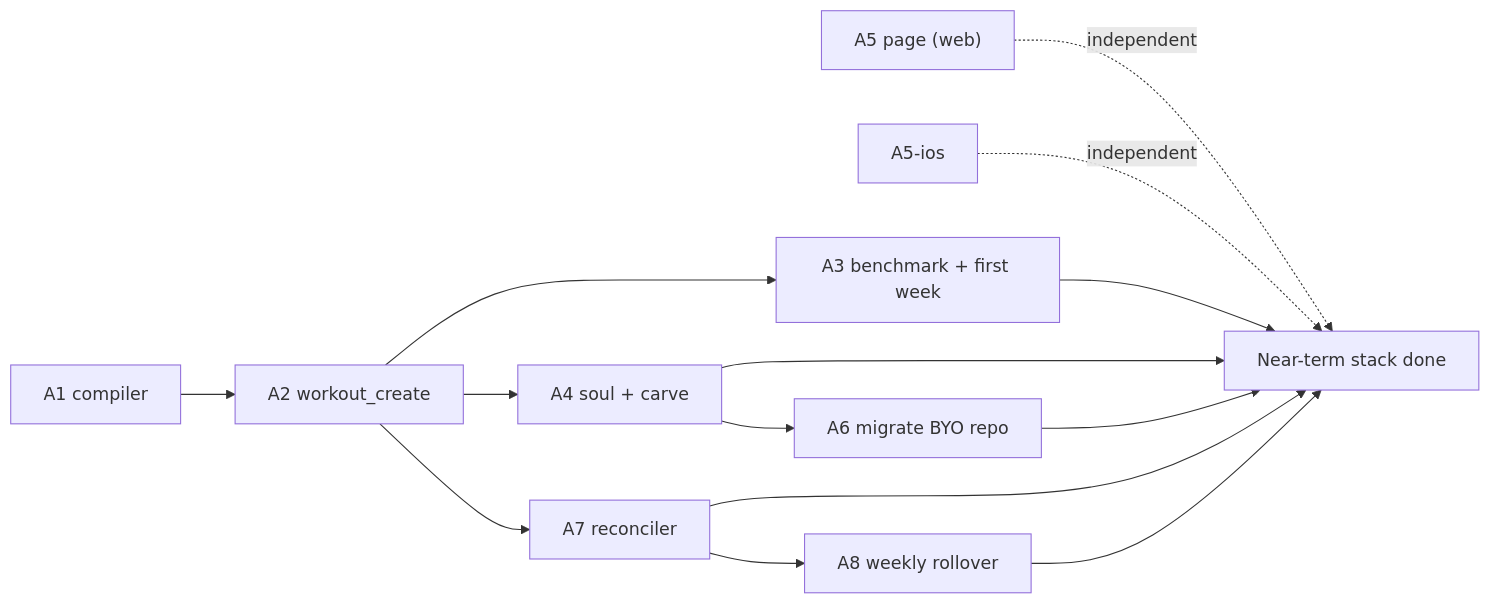
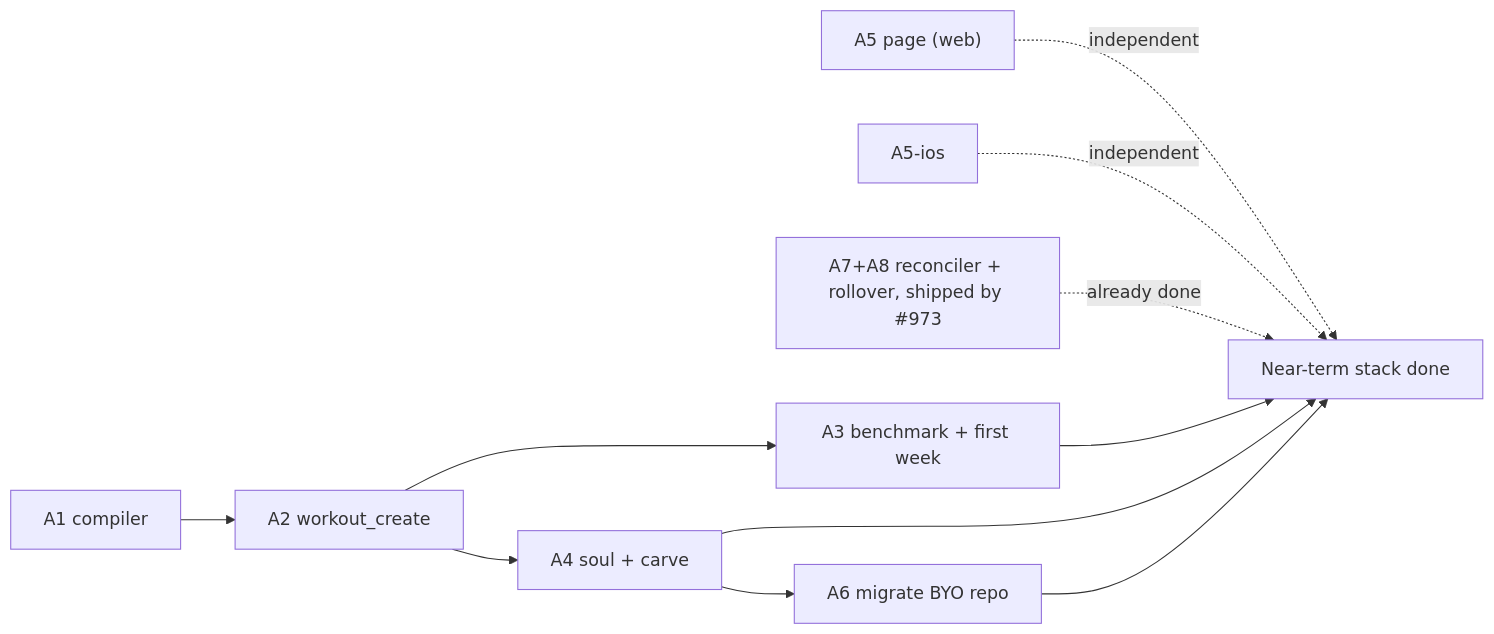
One commit to sibling-shipyard/coach-hq changed the diagram in docs/plans/workouts-redesign-lld.md. Above: the diagram before and after it, drawn with Mermaid. The commit also changed other lines of this file and 1 other file, not shown here.

First line of the commit message:
docs: mark A7/A8 done, superseded by the Current Week stack (#973) (#727) (#981)

````diff
--- a/docs/plans/workouts-redesign-lld.md
+++ b/docs/plans/workouts-redesign-lld.md
@@ -47,16 +52,13 @@
 ```mermaid
 flowchart LR
   A5["A5 page (web)"] -.->|independent| done["Near-term stack done"]
   A5ios["A5-ios"] -.->|independent| done
   A1["A1 compiler"] --> A2["A2 workout_create"]
   A2 --> A3["A3 benchmark + first week"]
   A2 --> A4["A4 soul + carve"]
-  A2 --> A7["A7 reconciler"]
   A4 --> A6["A6 migrate BYO repo"]
-  A7 --> A8["A8 weekly rollover"]
+  A73["A7+A8 reconciler + rollover, shipped by #973"] -.->|already done| done
   A3 --> done
   A4 --> done
   A6 --> done
-  A7 --> done
-  A8 --> done
 ```
````
